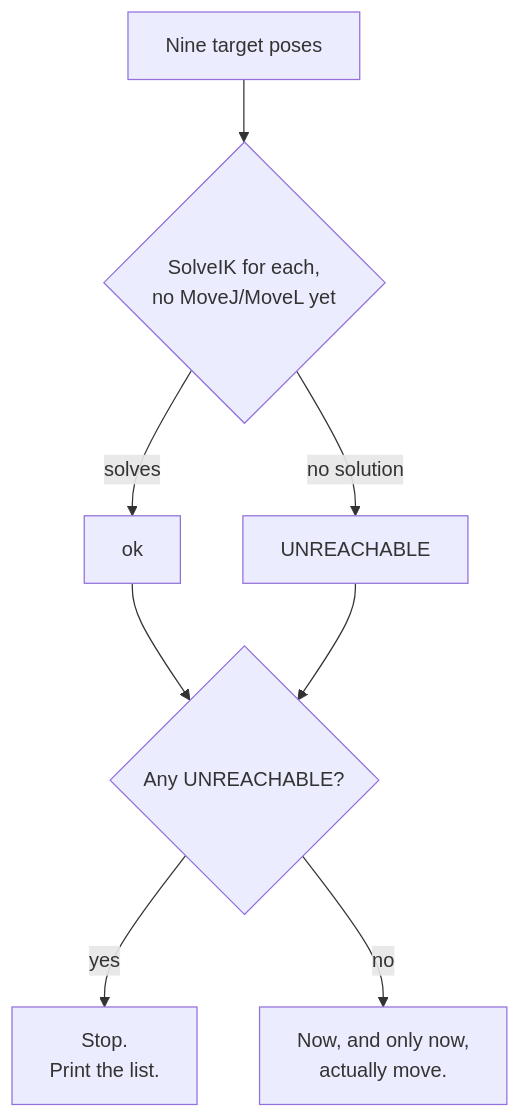
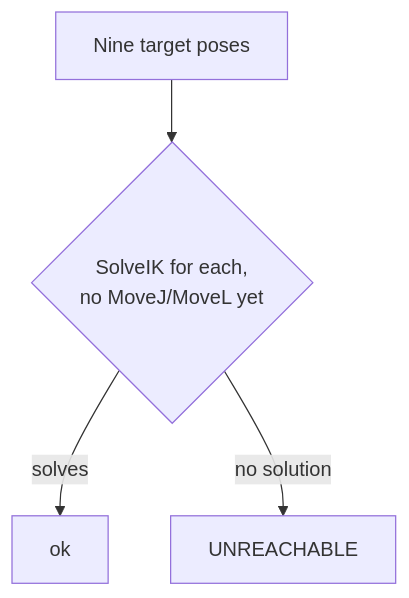
One commit to cggs-matthew-pham/cggs-digital-tutorials changed the first of 2 diagrams in robodk/06-check-before-you-move.md. Above: the diagram before and after it, drawn with Mermaid. The commit also changed other lines of this file, not shown here.

````diff
--- a/robodk/06-check-before-you-move.md
+++ b/robodk/06-check-before-you-move.md
@@ -105,9 +119,6 @@
 ```mermaid
 flowchart TD
     A["Nine target poses"] --> B{"SolveIK for each,<br>no MoveJ/MoveL yet"}
     B -->|"solves"| C["ok"]
     B -->|"no solution"| D["UNREACHABLE"]
-    C & D --> E{"Any UNREACHABLE?"}
-    E -->|"yes"| F["Stop.<br>Print the list."]
-    E -->|"no"| G["Now, and only now,<br>actually move."]
 ```
````
